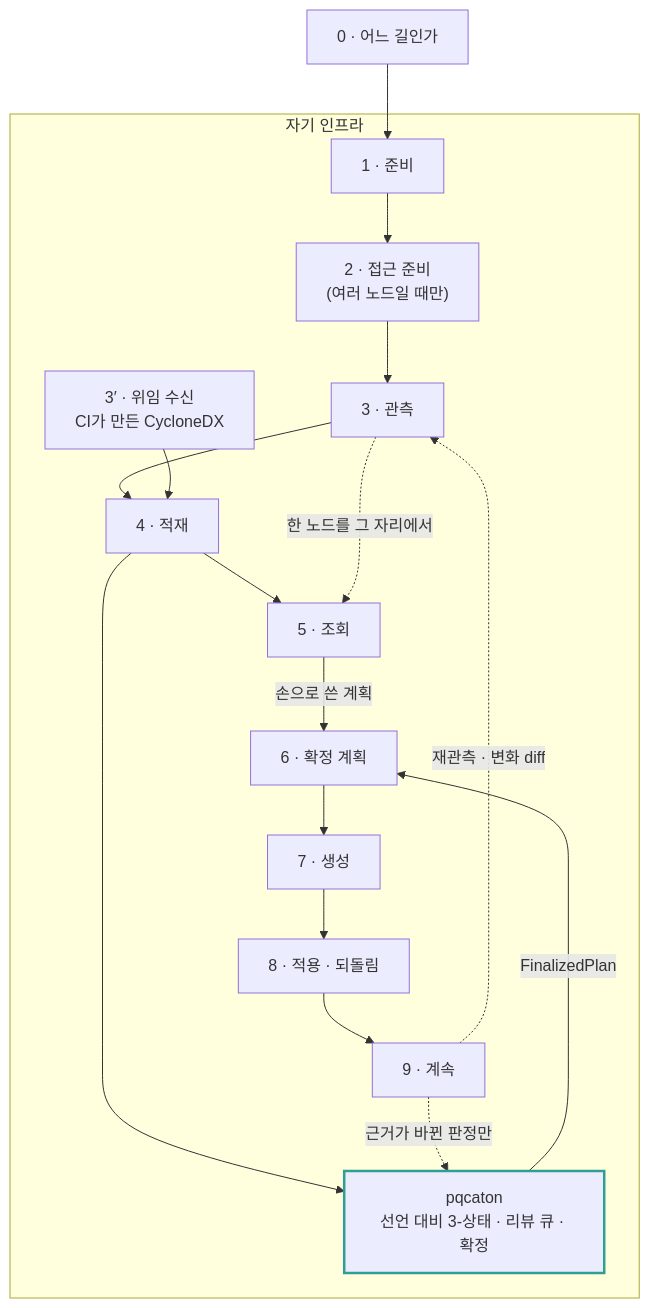
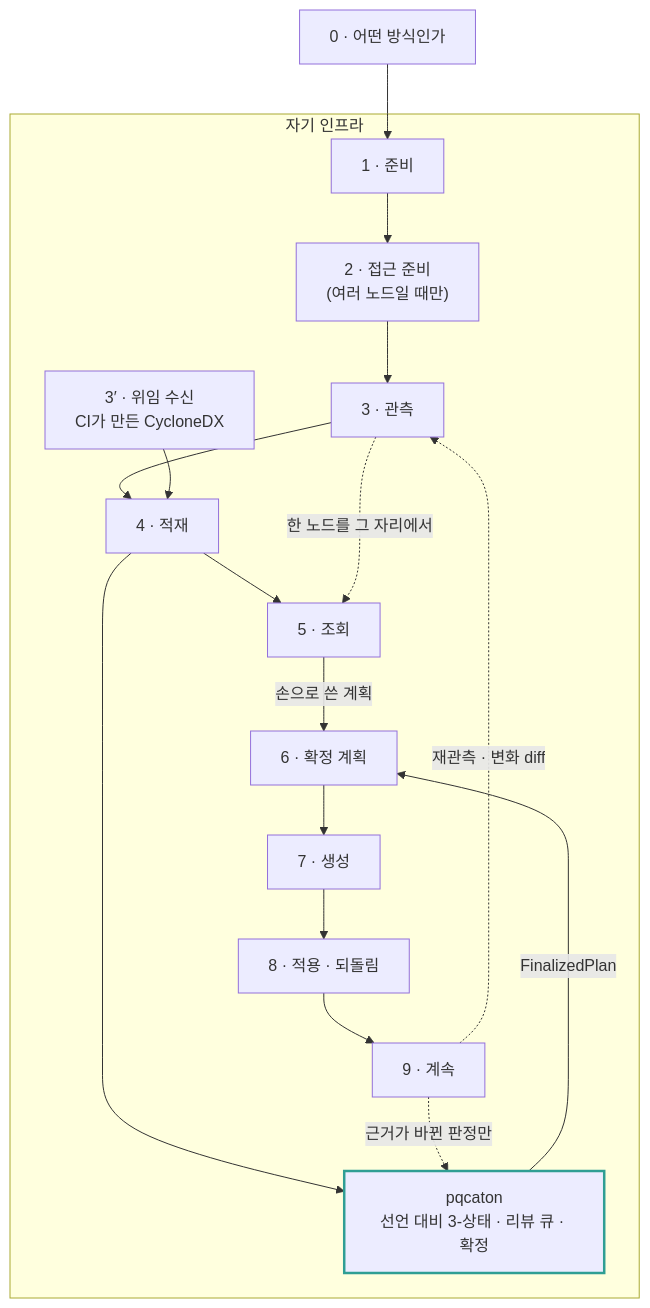
The first of 3 diagrams in docs/journey.md (sntsoftgit/pqcaton), drawn with Mermaid before and after one commit. The commit also changed other lines of this file and 6 other files, not shown here.

````diff
--- a/docs/journey.md
+++ b/docs/journey.md
@@ -27,26 +27,26 @@
 ```mermaid
 flowchart TB
-    A["0 · 어느 길인가"] --> B
+    A["0 · 어떤 방식인가"] --> B
 
     subgraph inside["자기 인프라"]
       B["1 · 준비"] --> C["2 · 접근 준비<br/>(여러 노드일 때만)"]
       C --> D["3 · 관측"]
       D --> E["4 · 적재"]
       W["3′ · 위임 수신<br/>CI가 만든 CycloneDX"] --> E
       E --> F["5 · 조회"]
       F -->|"손으로 쓴 계획"| G["6 · 확정 계획"]
       G --> H["7 · 생성"]
       H --> I["8 · 적용 · 되돌림"]
       I --> J["9 · 계속"]
 
       E --> K["pqcaton<br/>선언 대비 3-상태 · 리뷰 큐 · 확정"]
       K -->|"FinalizedPlan"| G
     end
 
     J -.->|"재관측 · 변화 diff"| D
     D -.->|"한 노드를 그 자리에서"| F
     J -.->|"근거가 바뀐 판정만"| K
 
     classDef us stroke:#2f9e94,stroke-width:2.5px;
     class K us;
 ```
````
